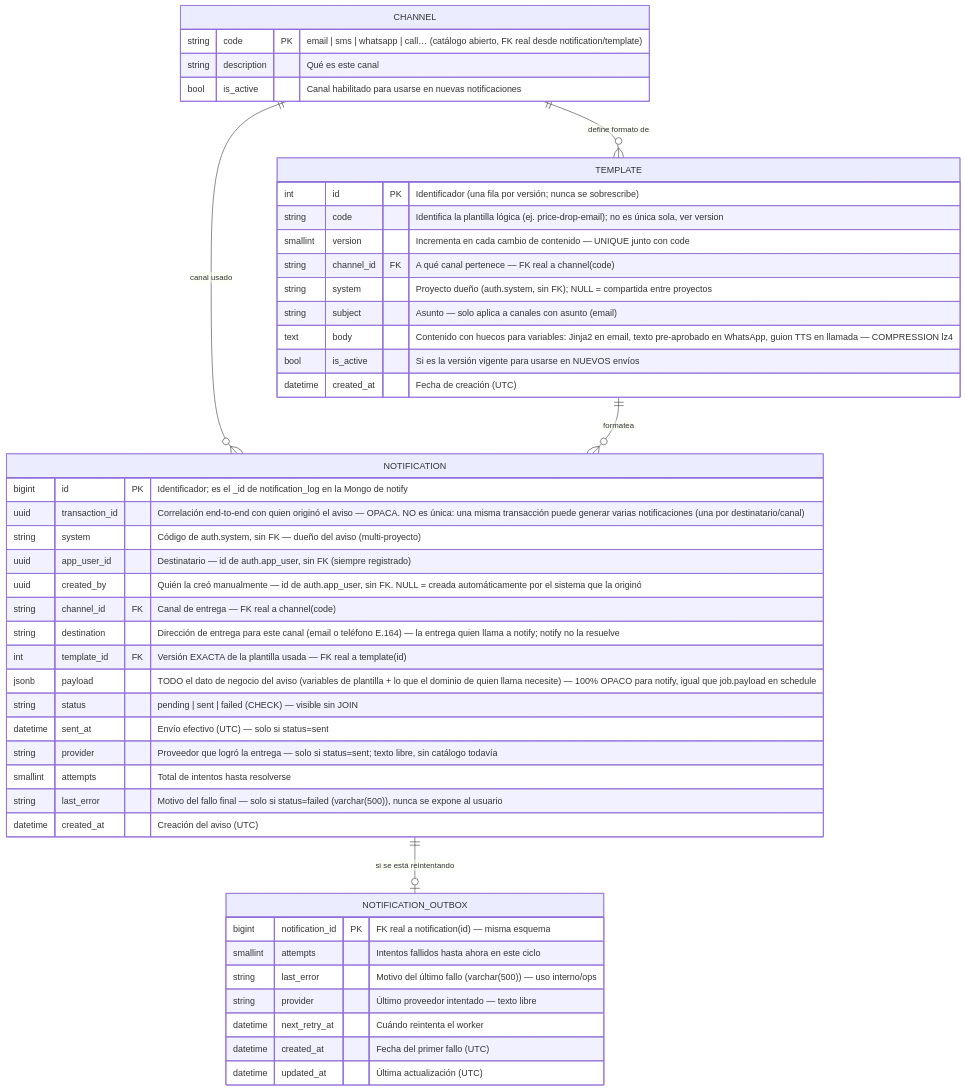
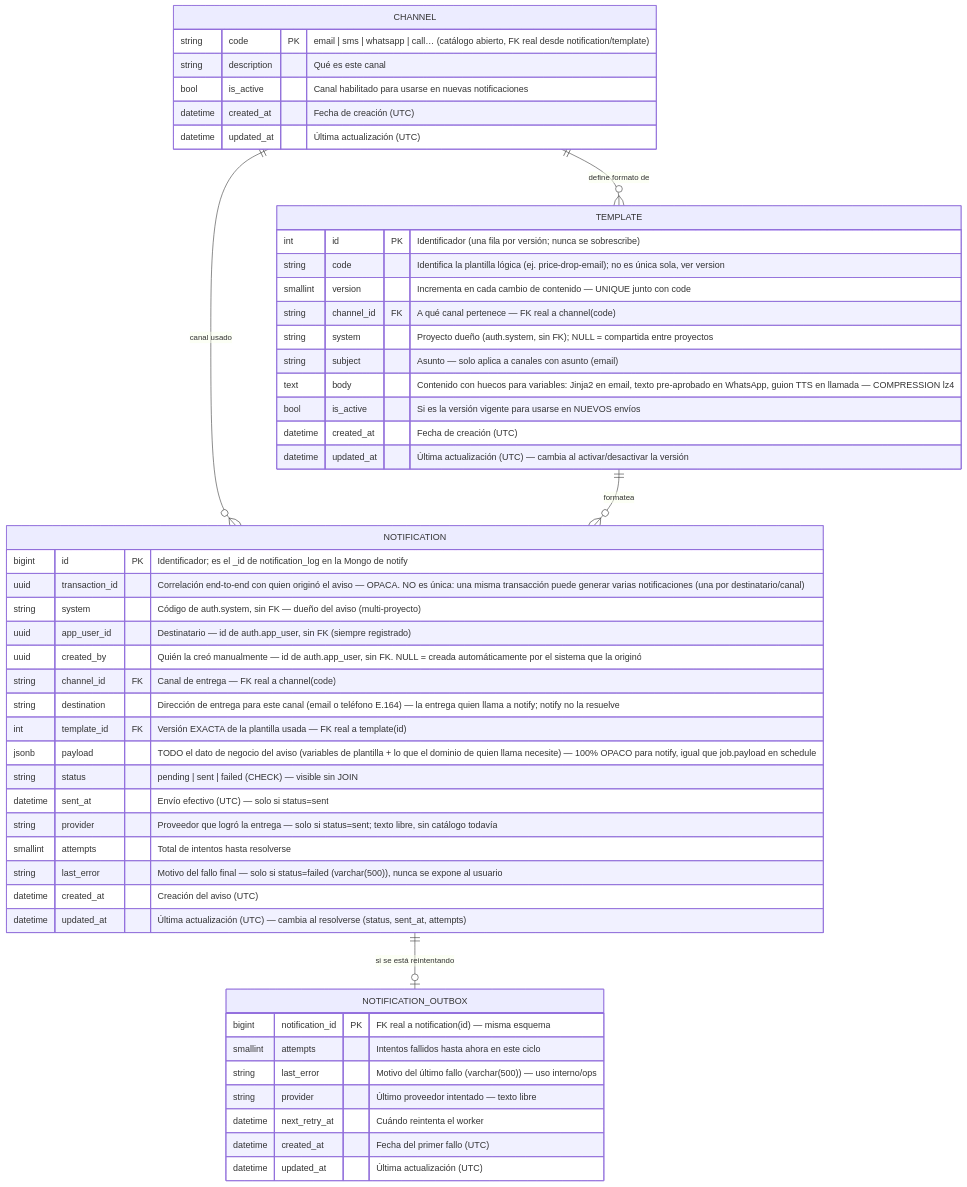
The fifth of 5 diagrams in docs/03-modelo-datos.md (vida-I-found-it/architecture), drawn with Mermaid before and after one commit. The commit also changed other lines of this file and 5 other files, not shown here.

First line of the commit message:
docs: 📝 update architecture, data model, requirements and pending list for per-system auth

````diff
--- a/docs/03-modelo-datos.md
+++ b/docs/03-modelo-datos.md
@@ -417,50 +518,54 @@
 ```mermaid
 erDiagram
     CHANNEL ||--o{ TEMPLATE : "define formato de"
     CHANNEL ||--o{ NOTIFICATION : "canal usado"
     TEMPLATE ||--o{ NOTIFICATION : "formatea"
     NOTIFICATION ||--o| NOTIFICATION_OUTBOX : "si se está reintentando"
 
     CHANNEL {
         string code PK "email | sms | whatsapp | call… (catálogo abierto, FK real desde notification/template)"
         string description "Qué es este canal"
         bool is_active "Canal habilitado para usarse en nuevas notificaciones"
+        datetime created_at "Fecha de creación (UTC)"
+        datetime updated_at "Última actualización (UTC)"
     }
     TEMPLATE {
         int id PK "Identificador (una fila por versión; nunca se sobrescribe)"
         string code "Identifica la plantilla lógica (ej. price-drop-email); no es única sola, ver version"
         smallint version "Incrementa en cada cambio de contenido — UNIQUE junto con code"
         string channel_id FK "A qué canal pertenece — FK real a channel(code)"
         string system "Proyecto dueño (auth.system, sin FK); NULL = compartida entre proyectos"
         string subject "Asunto — solo aplica a canales con asunto (email)"
         text body "Contenido con huecos para variables: Jinja2 en email, texto pre-aprobado en WhatsApp, guion TTS en llamada — COMPRESSION lz4"
         bool is_active "Si es la versión vigente para usarse en NUEVOS envíos"
         datetime created_at "Fecha de creación (UTC)"
+        datetime updated_at "Última actualización (UTC) — cambia al activar/desactivar la versión"
     }
     NOTIFICATION {
         bigint id PK "Identificador; es el _id de notification_log en la Mongo de notify"
         uuid transaction_id "Correlación end-to-end con quien originó el aviso — OPACA. NO es única: una misma transacción puede generar varias notificaciones (una por destinatario/canal)"
         string system "Código de auth.system, sin FK — dueño del aviso (multi-proyecto)"
         uuid app_user_id "Destinatario — id de auth.app_user, sin FK (siempre registrado)"
         uuid created_by "Quién la creó manualmente — id de auth.app_user, sin FK. NULL = creada automáticamente por el sistema que la originó"
         string channel_id FK "Canal de entrega — FK real a channel(code)"
         string destination "Dirección de entrega para este canal (email o teléfono E.164) — la entrega quien llama a notify; notify no la resuelve"
         int template_id FK "Versión EXACTA de la plantilla usada — FK real a template(id)"
         jsonb payload "TODO el dato de negocio del aviso (variables de plantilla + lo que el dominio de quien llama necesite) — 100% OPACO para notify, igual que job.payload en schedule"
         string status "pending | sent | failed (CHECK) — visible sin JOIN"
         datetime sent_at "Envío efectivo (UTC) — solo si status=sent"
         string provider "Proveedor que logró la entrega — solo si status=sent; texto libre, sin catálogo todavía"
         smallint attempts "Total de intentos hasta resolverse"
         string last_error "Motivo del fallo final — solo si status=failed (varchar(500)), nunca se expone al usuario"
         datetime created_at "Creación del aviso (UTC)"
+        datetime updated_at "Última actualización (UTC) — cambia al resolverse (status, sent_at, attempts)"
     }
     NOTIFICATION_OUTBOX {
         bigint notification_id PK "FK real a notification(id) — misma esquema"
         smallint attempts "Intentos fallidos hasta ahora en este ciclo"
         string last_error "Motivo del último fallo (varchar(500)) — uso interno/ops"
         string provider "Último proveedor intentado — texto libre"
         datetime next_retry_at "Cuándo reintenta el worker"
         datetime created_at "Fecha del primer fallo (UTC)"
         datetime updated_at "Última actualización (UTC)"
     }
 ```
````
